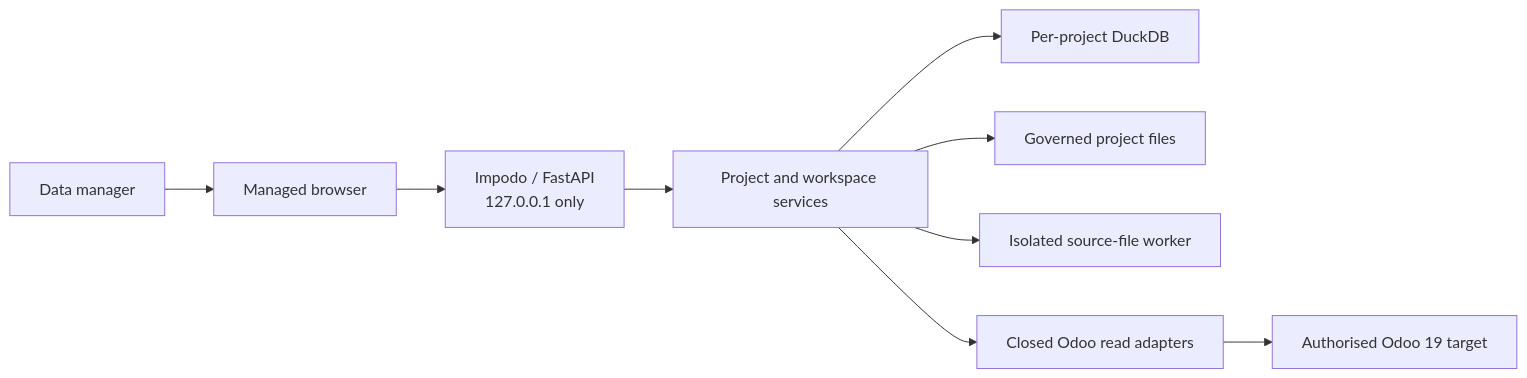
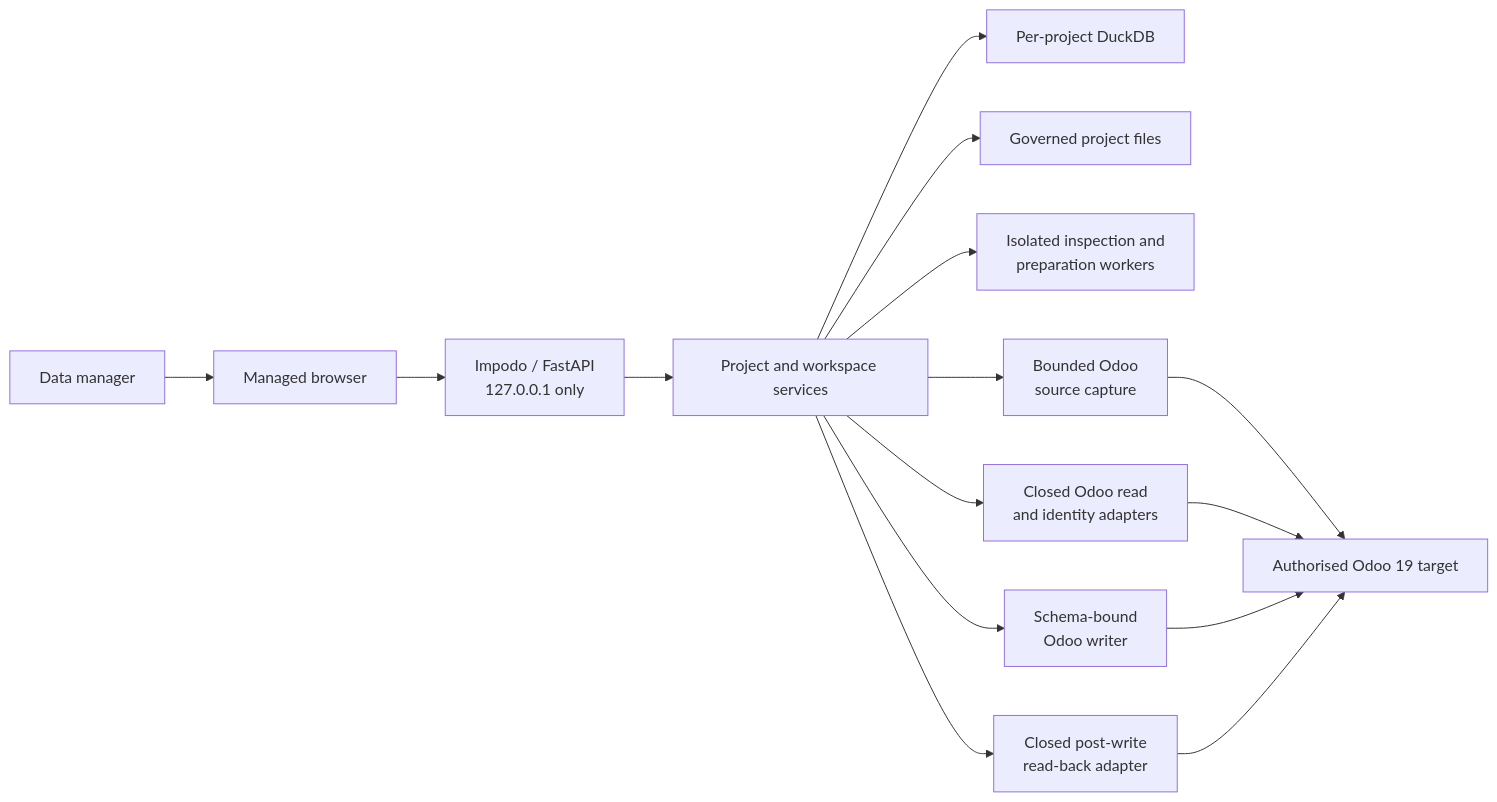
Before and after one commit to fderyckel/dev-impodo: the diagram in docs/architecture/overview.md, drawn with Mermaid. The commit also changed other lines of this file and 19 other files, not shown here.

````diff
--- a/docs/architecture/overview.md
+++ b/docs/architecture/overview.md
@@ -18,11 +23,17 @@
 ```mermaid
 flowchart LR
     User["Data manager"] --> Browser["Managed browser"]
     Browser --> Web["Impodo / FastAPI<br/>127.0.0.1 only"]
     Web --> Services["Project and workspace services"]
     Services --> Store["Per-project DuckDB"]
     Services --> Files["Governed project files"]
-    Services --> Worker["Isolated source-file worker"]
-    Services --> Readers["Closed Odoo read adapters"]
+    Services --> Worker["Isolated inspection and<br/>preparation workers"]
+    Services --> Capture["Bounded Odoo<br/>source capture"]
+    Services --> Readers["Closed Odoo read<br/>and identity adapters"]
+    Services --> Writer["Schema-bound<br/>Odoo writer"]
+    Services --> Readback["Closed post-write<br/>read-back adapter"]
+    Capture --> Odoo["Authorised Odoo 19 target"]
     Readers --> Odoo["Authorised Odoo 19 target"]
+    Writer --> Odoo
+    Readback --> Odoo
 ```
````
